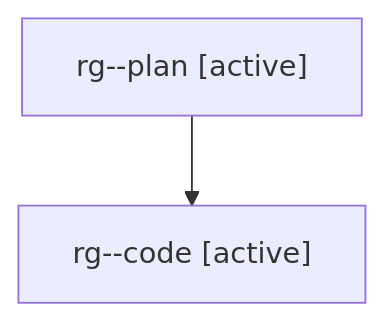
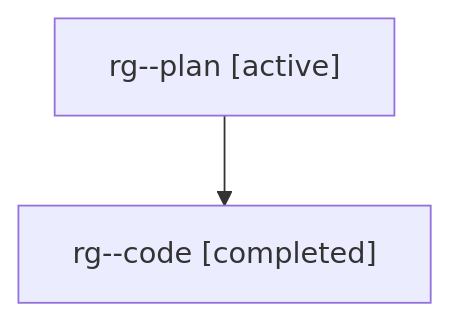
One commit to sase-org/sase--agents changed the diagram in families/bbugyi200.athena.rg.md. Above: the diagram before and after it, drawn with Mermaid. The commit also changed other lines of this file and 5813 other files, not shown here.

````diff
--- a/families/bbugyi200.athena.rg.md
+++ b/families/bbugyi200.athena.rg.md
@@ -9,6 +9,6 @@
 ```mermaid
 flowchart TD
   n0["rg--plan [active]"]
-  n1["rg--code [active]"]
+  n1["rg--code [completed]"]
   n0 --> n1
 ```
````
